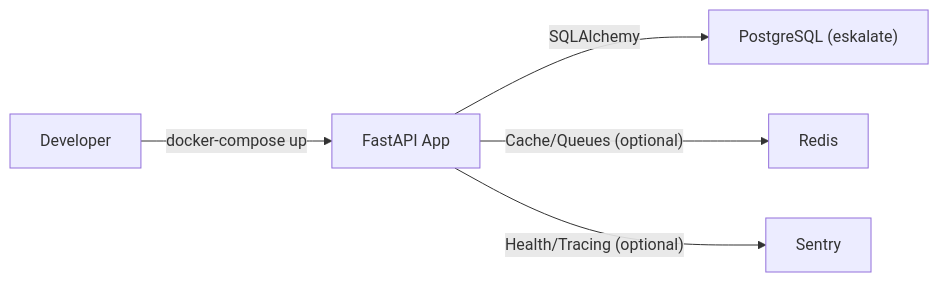
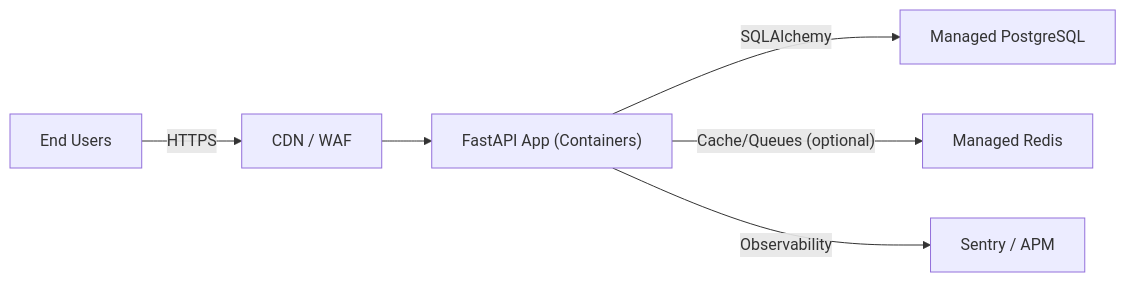
The fourth of 4 diagrams in README.md (sefineh-ai/backedn), drawn with Mermaid before and after one commit. The commit also changed other lines of this file, not shown here.

````diff
--- a/README.md
+++ b/README.md
@@ -95,7 +95,8 @@
 ```mermaid
 graph LR
-  Dev["Developer"] -->|"docker-compose up"| API["FastAPI App"]
-  API -->|"SQLAlchemy"| PG["PostgreSQL (eskalate)"]
-  API -->|"Cache/Queues (optional)"| REDIS["Redis"]
-  API -->|"Health/Tracing (optional)"| Sentry["Sentry"]
+  User["End Users"] -->|"HTTPS"| CDN["CDN / WAF"]
+  CDN --> API["FastAPI App (Containers)"]
+  API -->|"SQLAlchemy"| PG["Managed PostgreSQL"]
+  API -->|"Cache/Queues (optional)"| REDIS["Managed Redis"]
+  API -->|"Observability"| Sentry["Sentry / APM"]
 ```
````
